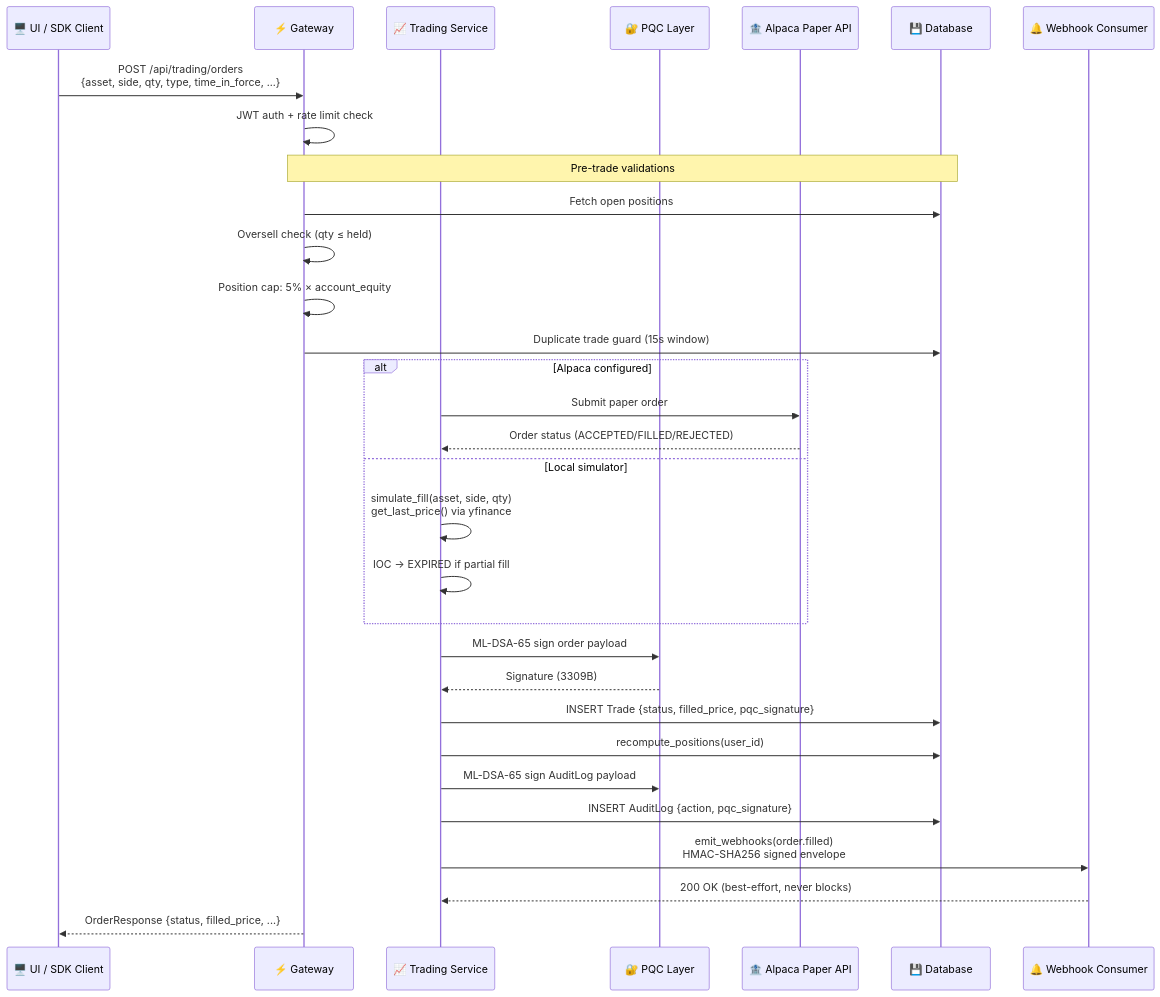
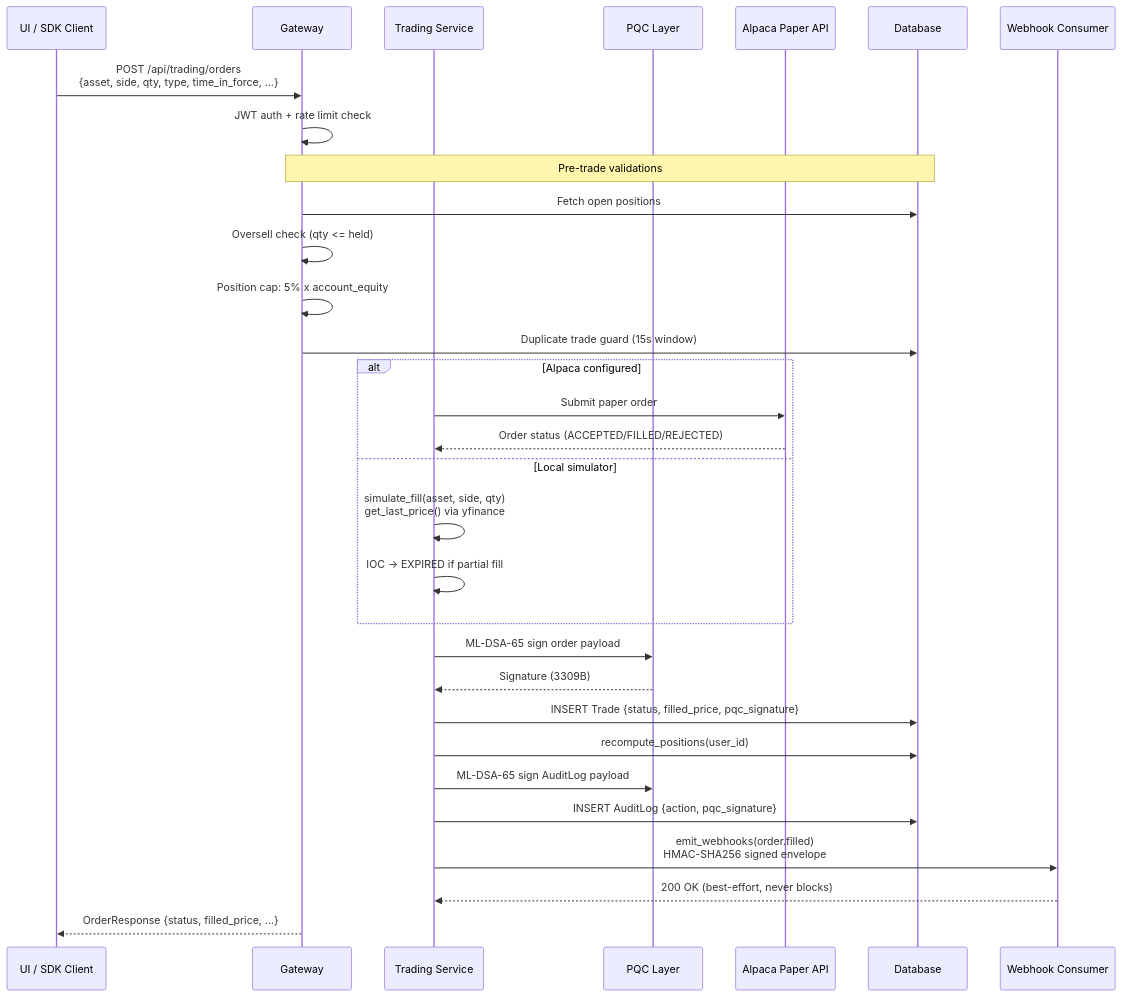
One commit to BugHunterX2101/quantumsentinel-web changed the third of 6 diagrams in README.md. Above: the diagram before and after it, drawn with Mermaid. The commit also changed other lines of this file, not shown here.

````diff
--- a/README.md
+++ b/README.md
@@ -173,40 +173,40 @@
 ```mermaid
 sequenceDiagram
-    participant UI as 🖥️ UI / SDK Client
-    participant GW as ⚡ Gateway
-    participant TS as 📈 Trading Service
-    participant PQC as 🔐 PQC Layer
-    participant ALP as 🏦 Alpaca Paper API
-    participant DB as 💾 Database
-    participant WH as 🔔 Webhook Consumer
+    participant UI as UI / SDK Client
+    participant GW as Gateway
+    participant TS as Trading Service
+    participant PQC as PQC Layer
+    participant ALP as Alpaca Paper API
+    participant DB as Database
+    participant WH as Webhook Consumer
 
     UI->>GW: POST /api/trading/orders<br/>{asset, side, qty, type, time_in_force, ...}
     GW->>GW: JWT auth + rate limit check
 
     Note over GW,DB: Pre-trade validations
     GW->>DB: Fetch open positions
-    GW->>GW: Oversell check (qty ≤ held)
-    GW->>GW: Position cap: 5% × account_equity
+    GW->>GW: Oversell check (qty <= held)
+    GW->>GW: Position cap: 5% x account_equity
     GW->>DB: Duplicate trade guard (15s window)
 
     alt Alpaca configured
         TS->>ALP: Submit paper order
         ALP-->>TS: Order status (ACCEPTED/FILLED/REJECTED)
     else Local simulator
         TS->>TS: simulate_fill(asset, side, qty)<br/>get_last_price() via yfinance
-        TS->>TS: IOC → EXPIRED if partial fill
+        TS->>TS: IOC -> EXPIRED if partial fill
     end
 
     TS->>PQC: ML-DSA-65 sign order payload
     PQC-->>TS: Signature (3309B)
 
     TS->>DB: INSERT Trade {status, filled_price, pqc_signature}
     TS->>DB: recompute_positions(user_id)
     TS->>PQC: ML-DSA-65 sign AuditLog payload
     TS->>DB: INSERT AuditLog {action, pqc_signature}
 
     TS->>WH: emit_webhooks(order.filled)<br/>HMAC-SHA256 signed envelope
     WH-->>TS: 200 OK (best-effort, never blocks)
 
     GW-->>UI: OrderResponse {status, filled_price, ...}
 ```
````
